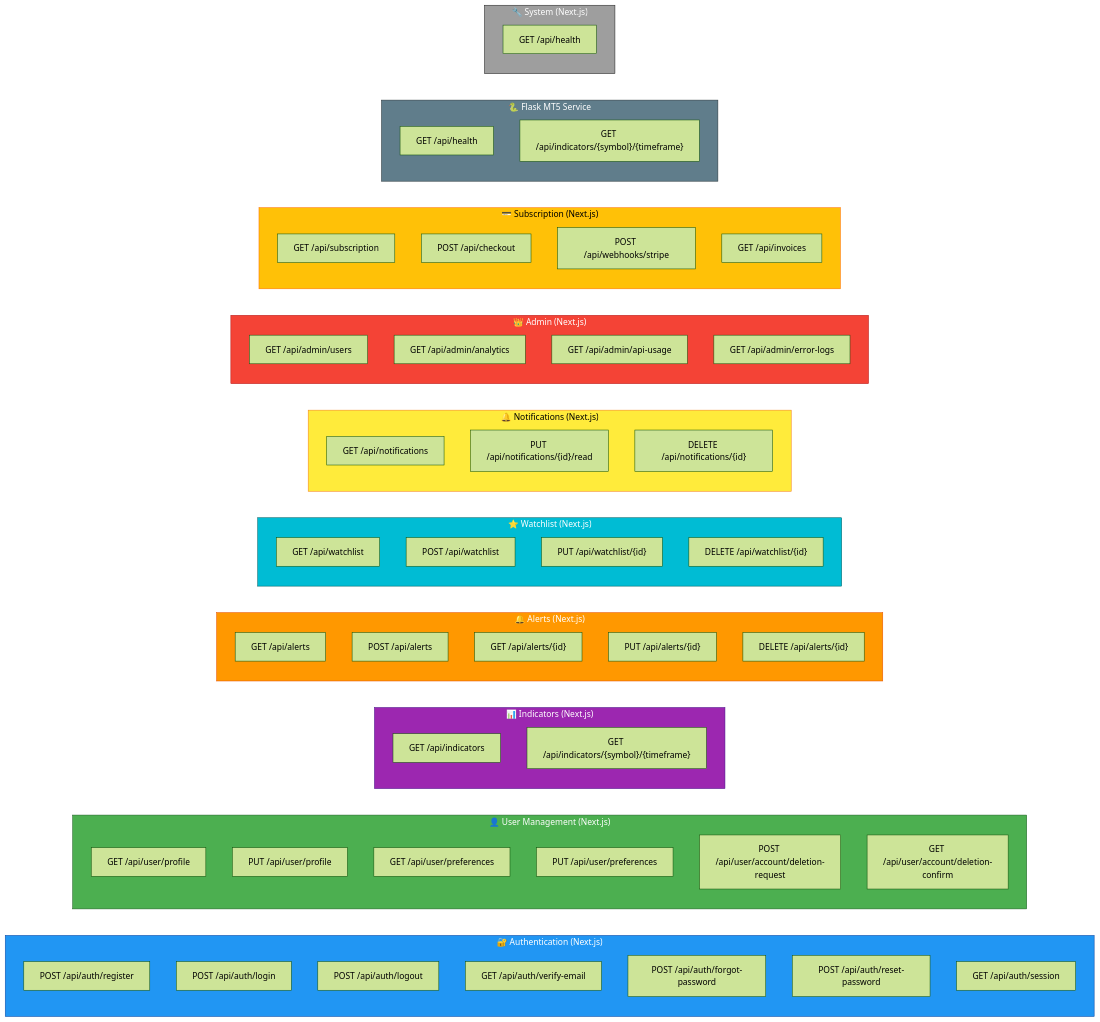
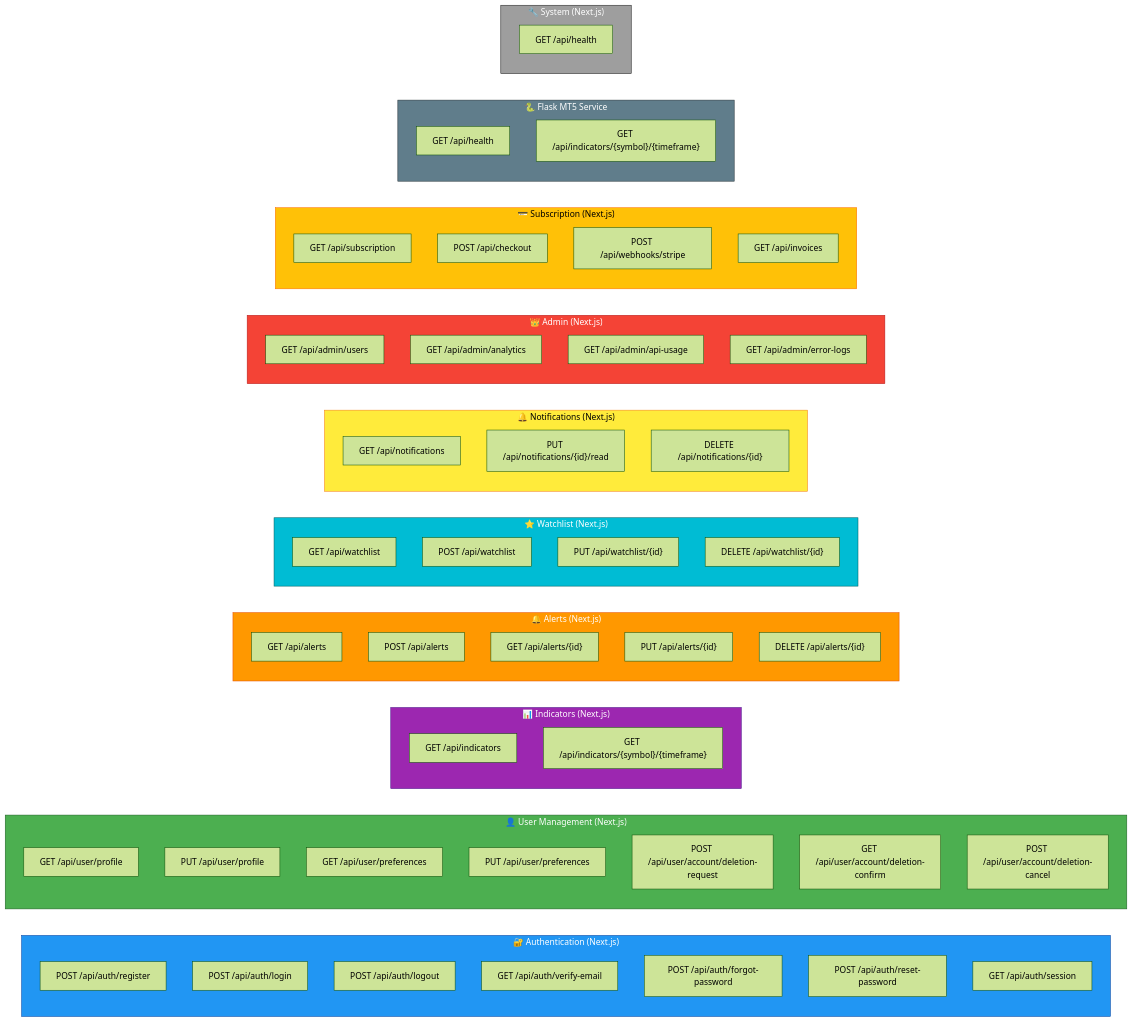
The diagram in diagrams/03-api-endpoints.mmd (ripper7375/trading-alerts-saas), drawn with Mermaid (forest theme) before and after one commit. The commit also changed 3 other files, not shown here.

Commit message:
WIP: Phase 1.2 diagrams - validation checkpoint.  Pushing for GitHub Mermaid rendering validation. Prevention of prisma migration hell. Add error handling diagram. User settings + discount code features to be added next.

```diff
--- a/diagrams/03-api-endpoints.mmd
+++ b/diagrams/03-api-endpoints.mmd
@@ -1,79 +1,80 @@
 graph LR
     subgraph Auth["🔐 Authentication (Next.js)"]
         A1["POST /api/auth/register"]
         A2["POST /api/auth/login"]
         A3["POST /api/auth/logout"]
         A4["GET /api/auth/verify-email"]
         A5["POST /api/auth/forgot-password"]
         A6["POST /api/auth/reset-password"]
         A7["GET /api/auth/session"]
     end
     
     subgraph User["👤 User Management (Next.js)"]
         U1["GET /api/user/profile"]
         U2["PUT /api/user/profile"]
         U3["GET /api/user/preferences"]
         U4["PUT /api/user/preferences"]
         U5["POST /api/user/account/deletion-request"]
         U6["GET /api/user/account/deletion-confirm"]
+        U7["POST /api/user/account/deletion-cancel"]
     end
     
     subgraph Indicators["📊 Indicators (Next.js)"]
         I1["GET /api/indicators"]
         I2["GET /api/indicators/{symbol}/{timeframe}"]
     end
     
     subgraph Alerts["🔔 Alerts (Next.js)"]
         AL1["GET /api/alerts"]
         AL2["POST /api/alerts"]
         AL3["GET /api/alerts/{id}"]
         AL4["PUT /api/alerts/{id}"]
         AL5["DELETE /api/alerts/{id}"]
     end
     
     subgraph Watchlist["⭐ Watchlist (Next.js)"]
         W1["GET /api/watchlist"]
         W2["POST /api/watchlist"]
         W3["PUT /api/watchlist/{id}"]
         W4["DELETE /api/watchlist/{id}"]
     end
     
     subgraph Notifications["🔔 Notifications (Next.js)"]
         N1["GET /api/notifications"]
         N2["PUT /api/notifications/{id}/read"]
         N3["DELETE /api/notifications/{id}"]
     end
     
     subgraph Admin["👑 Admin (Next.js)"]
         AD1["GET /api/admin/users"]
         AD2["GET /api/admin/analytics"]
         AD3["GET /api/admin/api-usage"]
         AD4["GET /api/admin/error-logs"]
     end
     
     subgraph Subscription["💳 Subscription (Next.js)"]
         S1["GET /api/subscription"]
         S2["POST /api/checkout"]
         S3["POST /api/webhooks/stripe"]
         S4["GET /api/invoices"]
     end
     
     subgraph Flask["🐍 Flask MT5 Service"]
         F1["GET /api/health"]
         F2["GET /api/indicators/{symbol}/{timeframe}"]
     end
     
     subgraph System["🔧 System (Next.js)"]
         SY1["GET /api/health"]
     end
     
     style Auth fill:#2196F3,stroke:#0D47A1,color:#fff
     style User fill:#4CAF50,stroke:#1B5E20,color:#fff
     style Indicators fill:#9C27B0,stroke:#4A148C,color:#fff
     style Alerts fill:#FF9800,stroke:#E65100,color:#fff
     style Watchlist fill:#00BCD4,stroke:#006064,color:#fff
     style Notifications fill:#FFEB3B,stroke:#F57F17,color:#000
     style Admin fill:#F44336,stroke:#B71C1C,color:#fff
     style Subscription fill:#FFC107,stroke:#FF6F00,color:#000
     style Flask fill:#607D8B,stroke:#263238,color:#fff
     style System fill:#9E9E9E,stroke:#212121,color:#fff
```
